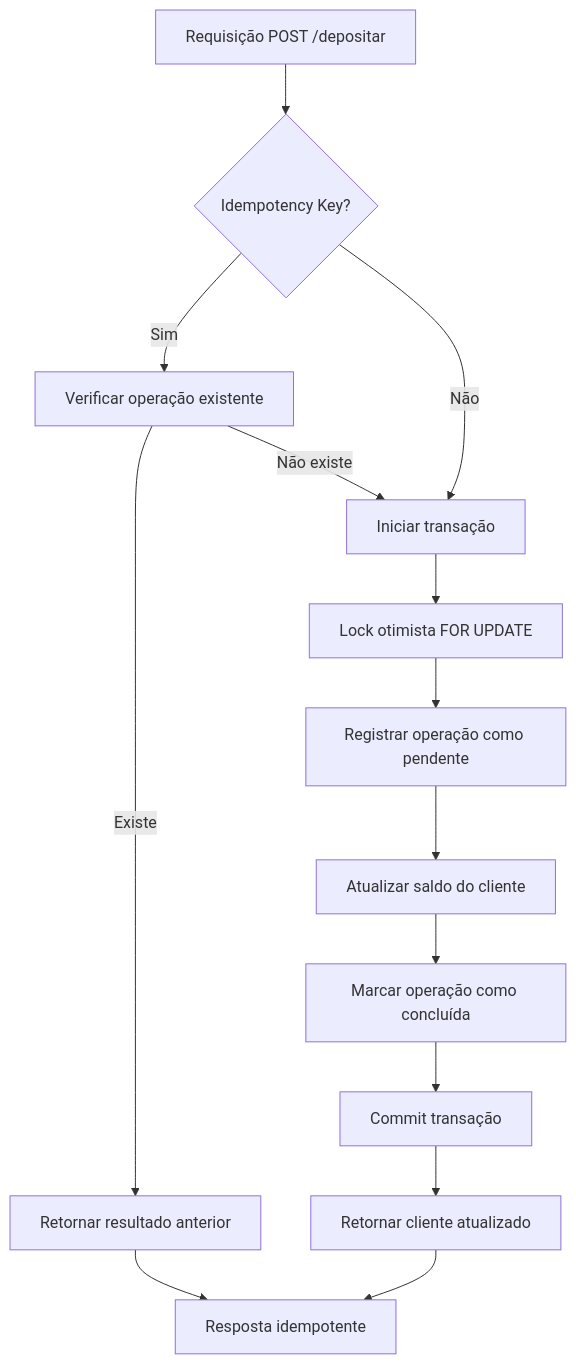
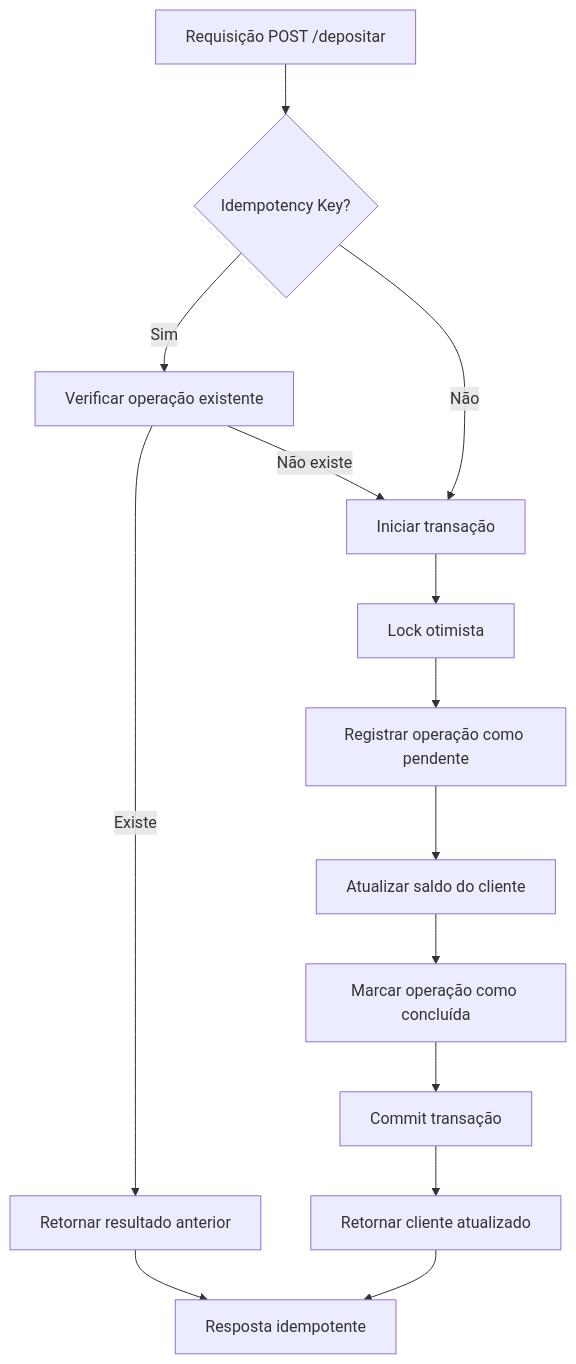
The first of 2 diagrams in backend/TRANSACTIONS_IDEMPOTENCY.md (erick-santana/clients-api), drawn with Mermaid before and after one commit.

````diff
--- a/backend/TRANSACTIONS_IDEMPOTENCY.md
+++ b/backend/TRANSACTIONS_IDEMPOTENCY.md
@@ -105,16 +105,16 @@
 ```mermaid
 graph TD
     A[Requisição POST /depositar] --> B{Idempotency Key?}
     B -->|Sim| C[Verificar operação existente]
     B -->|Não| D[Iniciar transação]
     C -->|Existe| E[Retornar resultado anterior]
     C -->|Não existe| D
-    D --> F[Lock otimista FOR UPDATE]
+    D --> F[Lock otimista]
     F --> G[Registrar operação como pendente]
     G --> H[Atualizar saldo do cliente]
     H --> I[Marcar operação como concluída]
     I --> J[Commit transação]
     J --> K[Retornar cliente atualizado]
     E --> L[Resposta idempotente]
     K --> L
 ```
````
